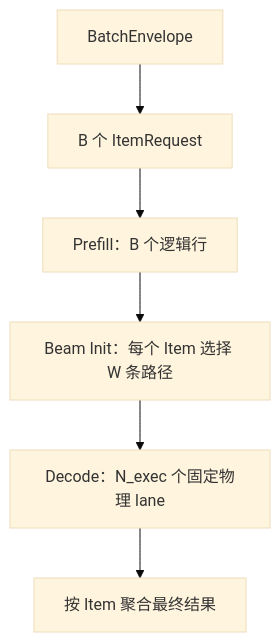
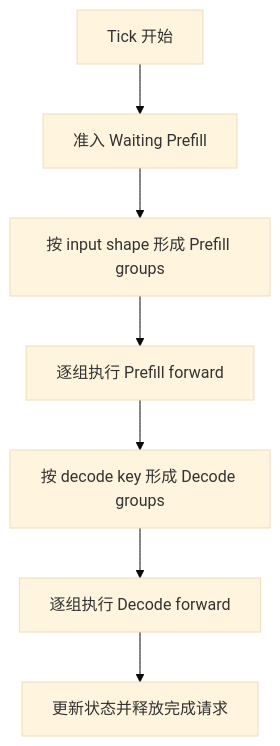
Before and after one commit to zhanghanleo10/gr-related: the second of 13 diagrams in GR/nearline_batch_scheduler_and_input_protocol_design.md, drawn with Mermaid (base theme). The commit also changed other lines of this file, not shown here.

````diff
--- a/GR/nearline_batch_scheduler_and_input_protocol_design.md
+++ b/GR/nearline_batch_scheduler_and_input_protocol_design.md
@@ -115,8 +95,9 @@
 ```mermaid
 flowchart TD
-    E["BatchEnvelope"] --> I["B 个 ItemRequest"]
-    I --> P["Prefill：B 个逻辑行"]
-    P --> T["Beam Init：每个 Item 选择 W 条路径"]
-    T --> D["Decode：N_exec 个固定物理 lane"]
-    D --> O["按 Item 聚合最终结果"]
+    A["Tick 开始"] --> B["准入 Waiting Prefill"]
+    B --> C["按 input shape 形成 Prefill groups"]
+    C --> D["逐组执行 Prefill forward"]
+    D --> E["按 decode key 形成 Decode groups"]
+    E --> F["逐组执行 Decode forward"]
+    F --> G["更新状态并释放完成请求"]
 ```
````
